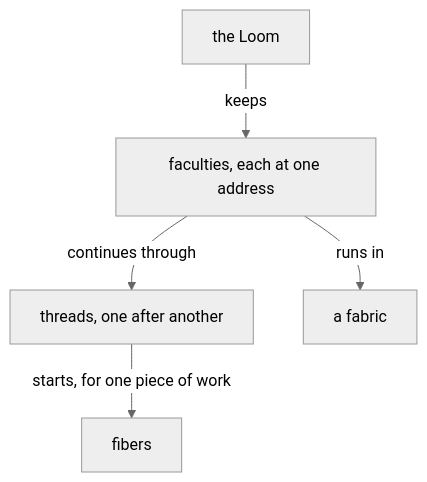
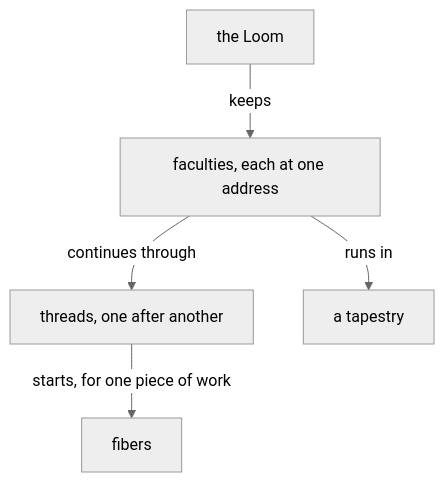
Before and after one commit to LiGoldragon/mind-belief: the first of 6 diagrams in notion/loom/0.md, drawn with Mermaid (neutral theme). The commit also changed other lines of this file and 4 other files, not shown here.

````diff
--- a/notion/loom/0.md
+++ b/notion/loom/0.md
@@ -16,7 +16,7 @@
 ```mermaid
 flowchart TB
     l["the Loom"] -- "keeps" --> f["faculties, each at one address"]
     f -- "continues through" --> t["threads, one after another"]
     t -- "starts, for one piece of work" --> b["fibers"]
-    f -- "runs in" --> a["a fabric"]
+    f -- "runs in" --> a["a tapestry"]
 ```
````
